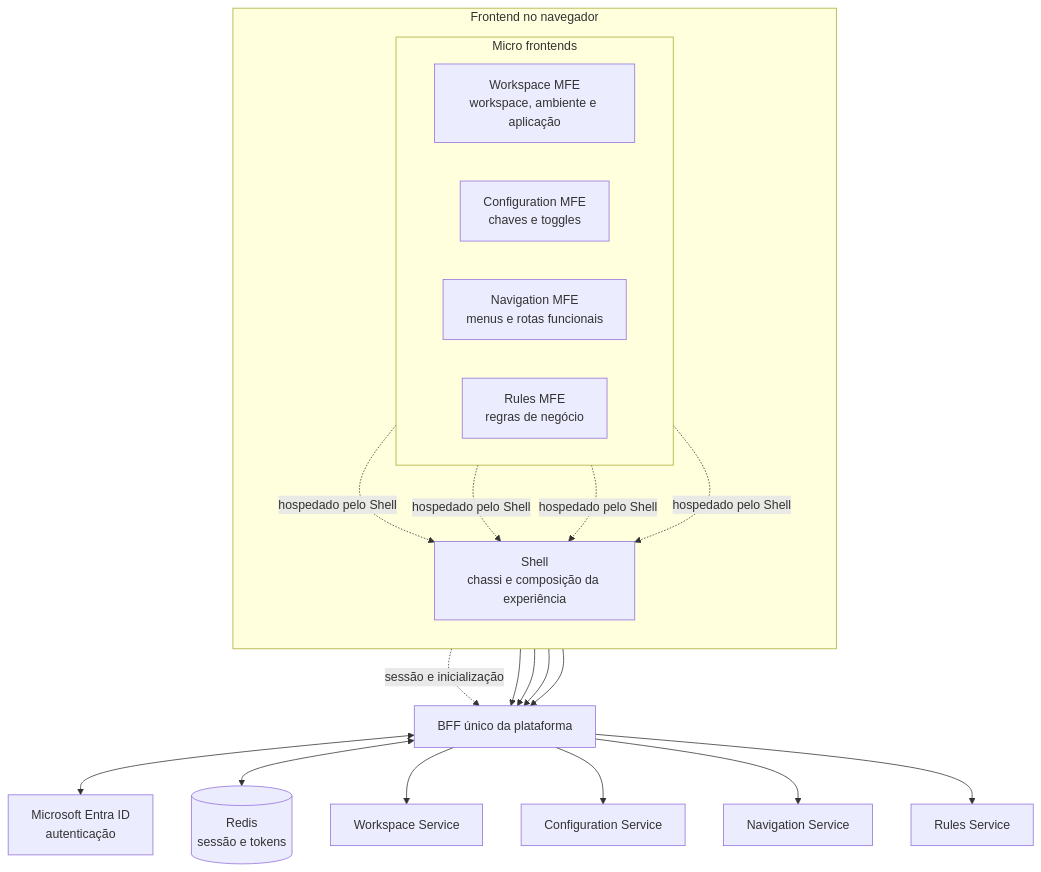
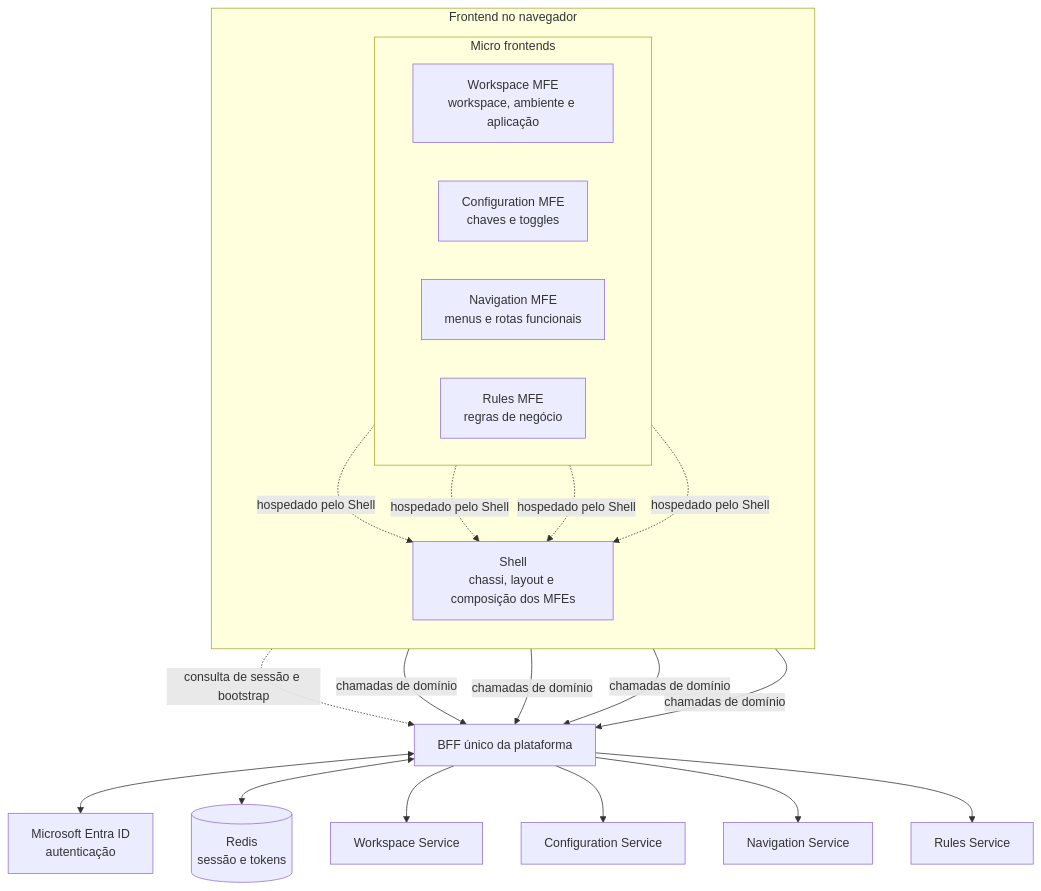
The first of 4 diagrams in docs/refinamento/18-micro-frontends/apresentacao-visao-geral.md (BrunoBS/guideline-java), drawn with Mermaid before and after one commit. The commit also changed other lines of this file, not shown here.

```diff
--- a/docs/refinamento/18-micro-frontends/apresentacao-visao-geral.md
+++ b/docs/refinamento/18-micro-frontends/apresentacao-visao-geral.md
@@ -9,33 +9,33 @@
 ~~~mermaid
 flowchart TB
   subgraph FRONTEND["Frontend no navegador"]
     direction TB
     subgraph MFES["Micro frontends"]
       direction LR
       WS["Workspace MFE<br/>workspace, ambiente e aplicação"]
       CFG["Configuration MFE<br/>chaves e toggles"]
       NAV["Navigation MFE<br/>menus e rotas funcionais"]
       RULES["Rules MFE<br/>regras de negócio"]
     end
-    SHELL["Shell<br/>chassi e composição da experiência"]
+    SHELL["Shell<br/>chassi, layout e composição dos MFEs"]
   end
 
   WS -. "hospedado pelo Shell" .-> SHELL
   CFG -. "hospedado pelo Shell" .-> SHELL
   NAV -. "hospedado pelo Shell" .-> SHELL
   RULES -. "hospedado pelo Shell" .-> SHELL
 
-  SHELL -. "sessão e inicialização" .-> BFF["BFF único da plataforma"]
-  WS --> BFF
-  CFG --> BFF
-  NAV --> BFF
-  RULES --> BFF
+  SHELL -. "consulta de sessão e bootstrap" .-> BFF["BFF único da plataforma"]
+  WS -->|"chamadas de domínio"| BFF
+  CFG -->|"chamadas de domínio"| BFF
+  NAV -->|"chamadas de domínio"| BFF
+  RULES -->|"chamadas de domínio"| BFF
 
   BFF <--> ENTRA["Microsoft Entra ID<br/>autenticação"]
   BFF <--> REDIS[("Redis<br/>sessão e tokens")]
 
   BFF --> WSAPI["Workspace Service"]
   BFF --> CFGAPI["Configuration Service"]
   BFF --> NAVAPI["Navigation Service"]
   BFF --> RULESAPI["Rules Service"]
 ~~~
```
